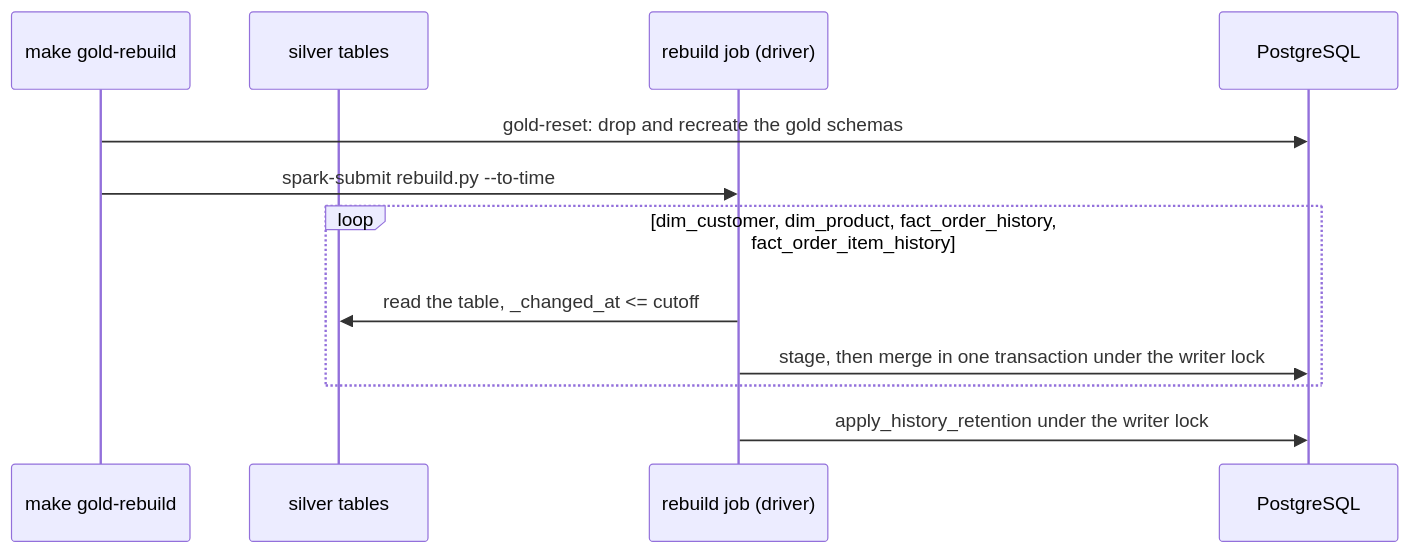
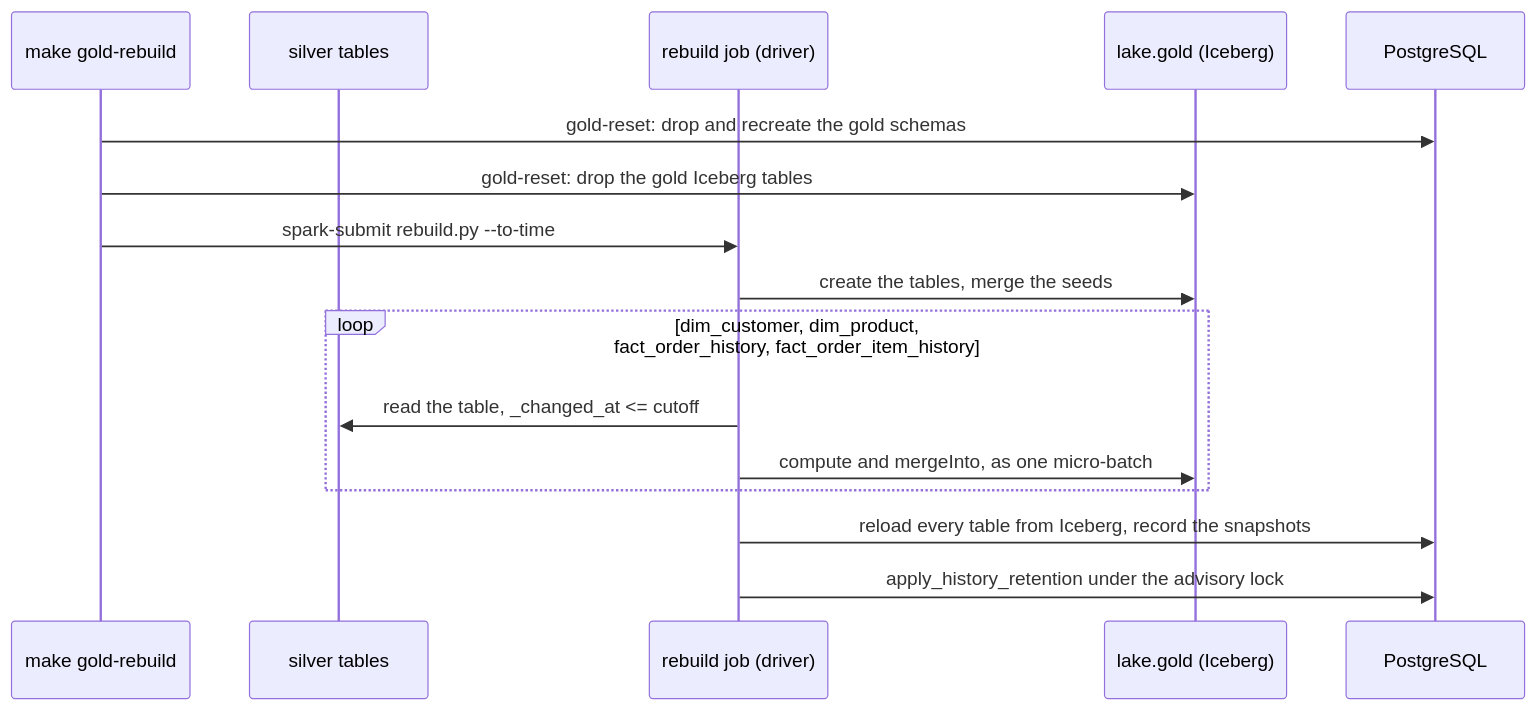
Before and after one commit to jonathan5p/deel-home-task: the third of 4 diagrams in docs/lakehouse/gold/writer.md, drawn with Mermaid. The commit also changed other lines of this file and 5 other files, not shown here.

Commit message:
docs(gold): describe gold built by Spark on Iceberg with PostgreSQL as serving copy

````diff
--- a/docs/lakehouse/gold/writer.md
+++ b/docs/lakehouse/gold/writer.md
@@ -135,14 +169,18 @@
 ```mermaid
 sequenceDiagram
     participant M as make gold-rebuild
     participant S as silver tables
     participant J as rebuild job (driver)
+    participant L as lake.gold (Iceberg)
     participant P as PostgreSQL
     M->>P: gold-reset: drop and recreate the gold schemas
+    M->>L: gold-reset: drop the gold Iceberg tables
     M->>J: spark-submit rebuild.py --to-time
+    J->>L: create the tables, merge the seeds
     loop dim_customer, dim_product, fact_order_history, fact_order_item_history
         J->>S: read the table, _changed_at <= cutoff
-        J->>P: stage, then merge in one transaction under the writer lock
+        J->>L: compute and mergeInto, as one micro-batch
     end
-    J->>P: apply_history_retention under the writer lock
+    J->>P: reload every table from Iceberg, record the snapshots
+    J->>P: apply_history_retention under the advisory lock
 ```
````
